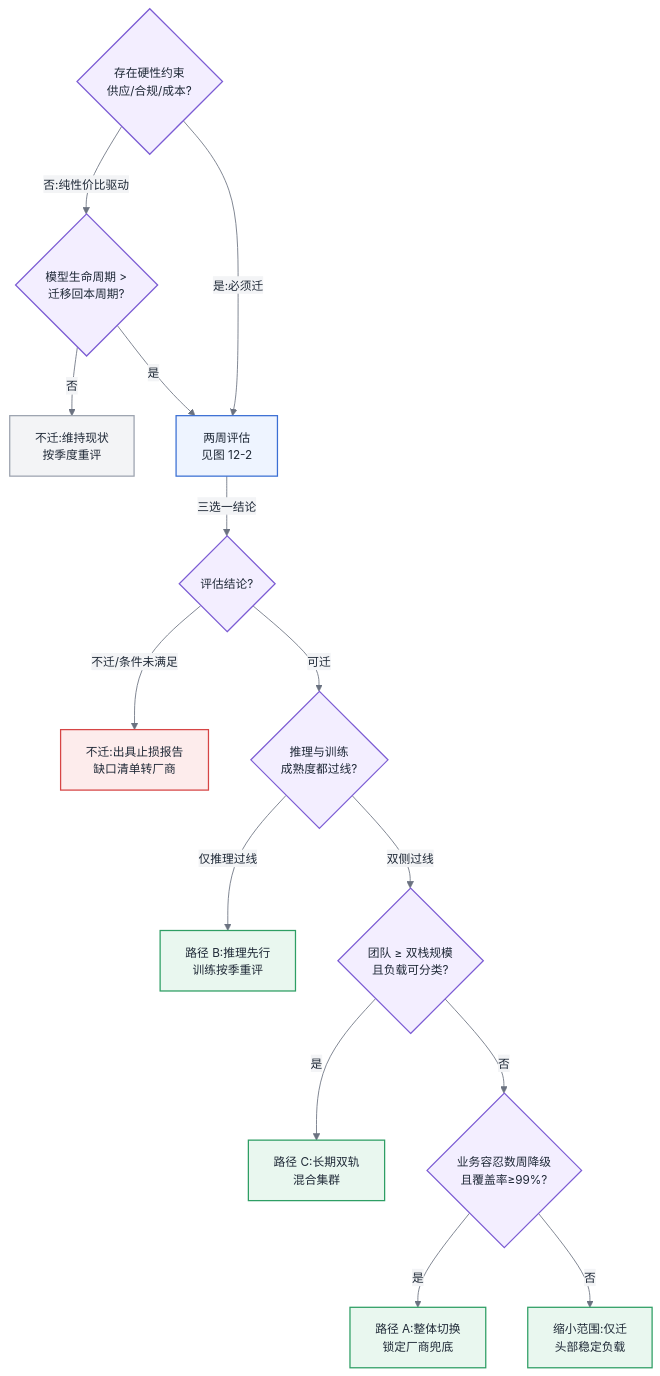
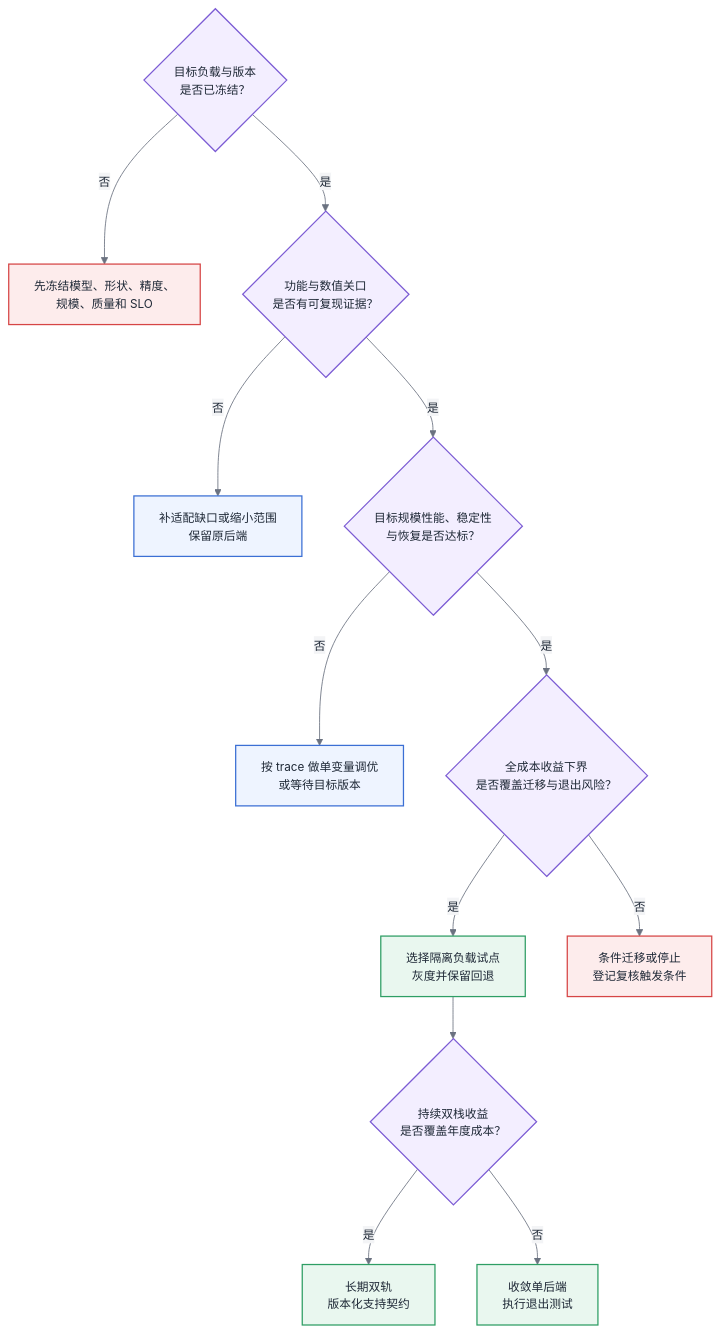
Before and after one commit to cdavid817/AI-Infra: the diagram in 第二部分-算力底座/第12章-国产算力平台与异构迁移.md, drawn with Mermaid. The commit also changed other lines of this file and 117 other files, not shown here.

````diff
--- a/第二部分-算力底座/第12章-国产算力平台与异构迁移.md
+++ b/第二部分-算力底座/第12章-国产算力平台与异构迁移.md
@@ -362,41 +234,37 @@
 ```mermaid
 %%{init: {'theme':'base','themeVariables':{
   'primaryColor':'#EEF4FF','primaryBorderColor':'#3B6FD4','primaryTextColor':'#1F2937',
   'secondaryColor':'#F3F4F6','tertiaryColor':'#FFFFFF',
   'lineColor':'#6B7280','fontFamily':'-apple-system, Segoe UI, Helvetica, Arial, sans-serif','fontSize':'14px'
 }}}%%
 flowchart TB
-  classDef ctrl fill:#F3EEFF,stroke:#7C5CD4,stroke-width:1.5px,color:#1F2937
-  classDef compute fill:#EEF4FF,stroke:#3B6FD4,stroke-width:1.5px,color:#1F2937
-  classDef store fill:#E9F7EF,stroke:#2E9E64,stroke-width:1.5px,color:#1F2937
-  classDef bottleneck fill:#FDECEC,stroke:#D64545,stroke-width:1.5px,color:#1F2937
-  classDef ext fill:#F3F4F6,stroke:#9CA3AF,stroke-width:1.5px,color:#1F2937
+  classDef assess fill:#F3EEFF,stroke:#7C5CD4,stroke-width:1.5px,color:#1F2937
+  classDef pass fill:#E9F7EF,stroke:#2E9E64,stroke-width:1.5px,color:#1F2937
+  classDef work fill:#EEF4FF,stroke:#3B6FD4,stroke-width:1.5px,color:#1F2937
+  classDef stop fill:#FDECEC,stroke:#D64545,stroke-width:1.5px,color:#1F2937
 
-  Q0{存在硬性约束<br/>供应/合规/成本?}:::ctrl
-  Q1{模型生命周期 ><br/>迁移回本周期?}:::ctrl
-  N1[不迁:维持现状<br/>按季度重评]:::ext
-  Q2[两周评估<br/>见图 12-2]:::compute
-  Q3{评估结论?}:::ctrl
-  N2[不迁:出具止损报告<br/>缺口清单转厂商]:::bottleneck
-  Q4{推理与训练<br/>成熟度都过线?}:::ctrl
-  P_B[路径 B:推理先行<br/>训练按季重评]:::store
-  Q5{团队 ≥ 双栈规模<br/>且负载可分类?}:::ctrl
-  P_C[路径 C:长期双轨<br/>混合集群]:::store
-  Q6{业务容忍数周降级<br/>且覆盖率≥99%?}:::ctrl
-  P_A[路径 A:整体切换<br/>锁定厂商兜底]:::store
-  N3[缩小范围:仅迁<br/>头部稳定负载]:::store
+  Q0{"目标负载与版本<br/>是否已冻结？"}:::assess
+  A0["先冻结模型、形状、精度、<br/>规模、质量和 SLO"]:::stop
+  Q1{"功能与数值关口<br/>是否有可复现证据？"}:::assess
+  A1["补适配缺口或缩小范围<br/>保留原后端"]:::work
+  Q2{"目标规模性能、稳定性<br/>与恢复是否达标？"}:::assess
+  A2["按 trace 做单变量调优<br/>或等待目标版本"]:::work
+  Q3{"全成本收益下界<br/>是否覆盖迁移与退出风险？"}:::assess
+  P1["选择隔离负载试点<br/>灰度并保留回退"]:::pass
+  P2["条件迁移或停止<br/>登记复核触发条件"]:::stop
+  Q4{"持续双栈收益<br/>是否覆盖年度成本？"}:::assess
+  P3["长期双轨<br/>版本化支持契约"]:::pass
+  P4["收敛单后端<br/>执行退出测试"]:::pass
 
-  Q0 -->|否:纯性价比驱动| Q1
-  Q0 -->|是:必须迁| Q2
-  Q1 -->|否| N1
+  Q0 -->|否| A0
+  Q0 -->|是| Q1
+  Q1 -->|否| A1
   Q1 -->|是| Q2
-  Q2 -->|三选一结论| Q3
-  Q3 -->|不迁/条件未满足| N2
-  Q3 -->|可迁| Q4
-  Q4 -->|仅推理过线| P_B
-  Q4 -->|双侧过线| Q5
-  Q5 -->|是| P_C
-  Q5 -->|否| Q6
-  Q6 -->|是| P_A
-  Q6 -->|否| N3
+  Q2 -->|否| A2
+  Q2 -->|是| Q3
+  Q3 -->|否| P2
+  Q3 -->|是| P1
+  P1 --> Q4
+  Q4 -->|是| P3
+  Q4 -->|否| P4
 ```
````
